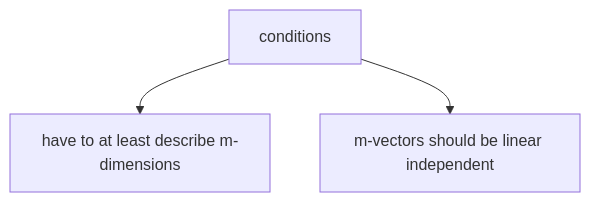
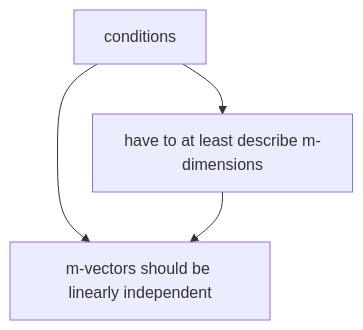
Before and after one commit to SykChw/old.sykchw.github.io: the diagram in content/2024-07-11.md, drawn with Mermaid. The commit also changed other lines of this file, not shown here.

````diff
--- a/content/2024-07-11.md
+++ b/content/2024-07-11.md
@@ -52,6 +56,6 @@
 ```mermaid
 flowchart TD
 
-a["conditions"] --> b["have to at least describe m-dimensions"] & c["m-vectors should be linear independent"]
-
+a["conditions"] --> b["have to at least describe m-dimensions"] & c["m-vectors should be linearly independent"]
+b --> c
 ```
````
